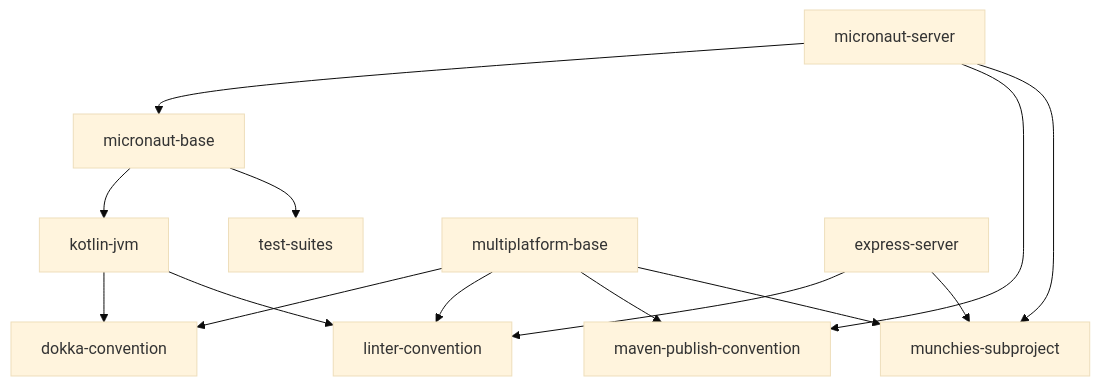
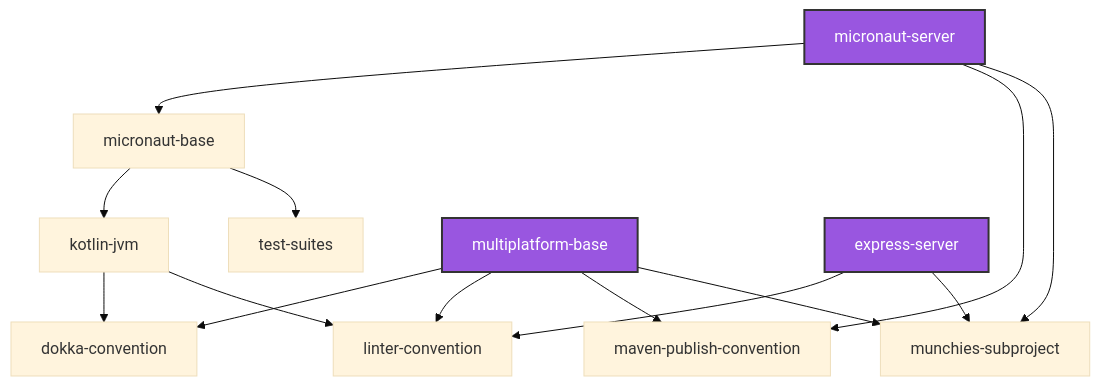
One commit to Norby99/munchies changed the second of 2 diagrams in docs/reports/spe/03-devops/project-structure.md. Above: the diagram before and after it, drawn with Mermaid (base theme). The commit also changed other lines of this file, not shown here.

````diff
--- a/docs/reports/spe/03-devops/project-structure.md
+++ b/docs/reports/spe/03-devops/project-structure.md
@@ -100,29 +136,30 @@
 ```mermaid
 
 flowchart TB
-    ms["micronaut-server"]
-
+    ms["micronaut-server"]:::pj
     dk["dokka-convention"]
     kj["kotlin-jvm"]
     mb["micronaut-base"]
     ts["test-suites"]
-    mpb["multiplatform-base"]
+    mpb["multiplatform-base"]:::pj
     lc["linter-convention"]
     mpc["maven-publish-convention"]
     msp["munchies-subproject"]
-    es["express-server"]
+    es["express-server"]:::pj
 
     ms --> msp
     es --> msp
     mpb --> msp
     mpb --> mpc
     mpb --> lc
     es --> lc
     kj --> lc
     kj --> dk
     mb --> ts
     mpb --> dk
     ms --> mpc
     mb --> kj
     ms --> mb
+
+    classDef pj fill:#9956e0,stroke:#333,stroke-width:2px,color:#fff
 ```
````
